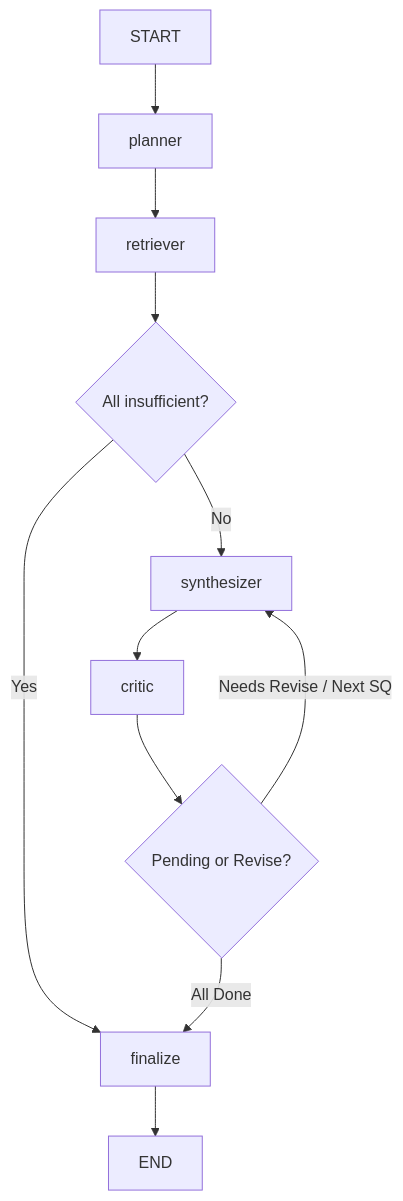
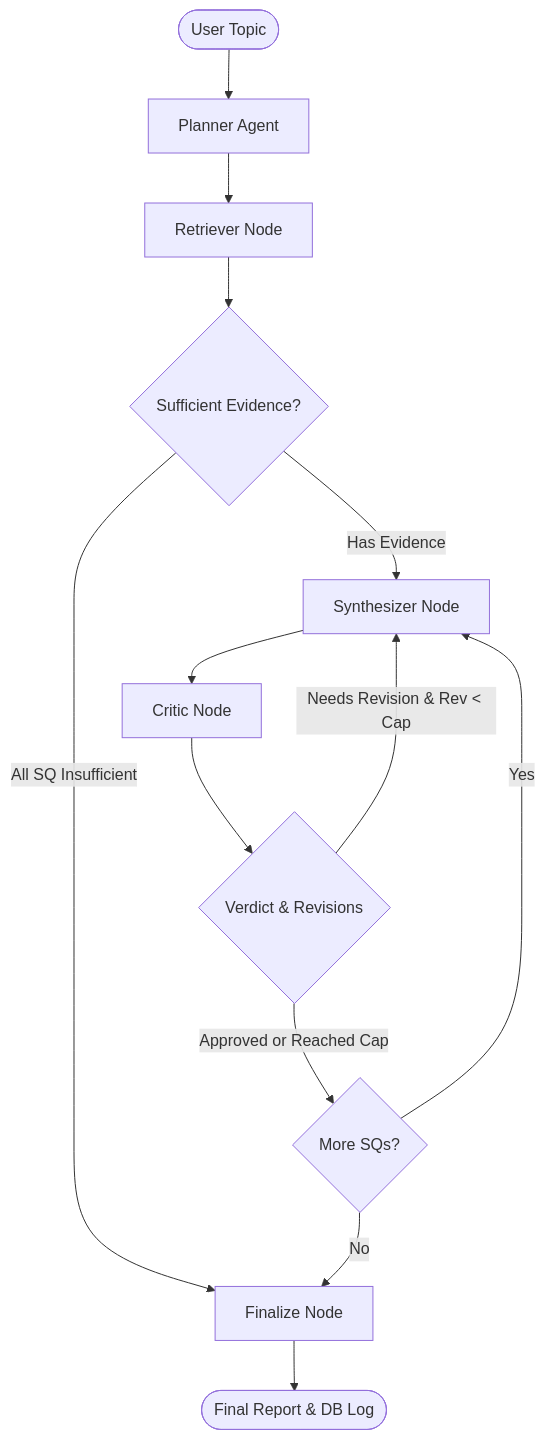
The diagram in README.md (Avadhut2424/InsightForge), drawn with Mermaid before and after one commit. The commit also changed other lines of this file and 16 other files, not shown here.

````diff
--- a/README.md
+++ b/README.md
@@ -35,13 +26,15 @@
 ```mermaid
 graph TD
-    START --> planner
-    planner --> retriever
-    retriever --> route_after_retriever{All insufficient?}
-    route_after_retriever -- Yes --> finalize
-    route_after_retriever -- No --> synthesizer
-    synthesizer --> critic
-    critic --> route_after_critic{Pending or Revise?}
-    route_after_critic -- Needs Revise / Next SQ --> synthesizer
-    route_after_critic -- All Done --> finalize
-    finalize --> END
+    START([User Topic]) --> planner[Planner Agent]
+    planner --> retriever[Retriever Node]
+    retriever --> route_retriever{Sufficient Evidence?}
+    route_retriever -- All SQ Insufficient --> finalize[Finalize Node]
+    route_retriever -- Has Evidence --> synthesizer[Synthesizer Node]
+    synthesizer --> critic[Critic Node]
+    critic --> route_critic{Verdict & Revisions}
+    route_critic -- Needs Revision & Rev < Cap --> synthesizer
+    route_critic -- Approved or Reached Cap --> next_sq{More SQs?}
+    next_sq -- Yes --> synthesizer
+    next_sq -- No --> finalize
+    finalize --> END([Final Report & DB Log])
 ```
````
